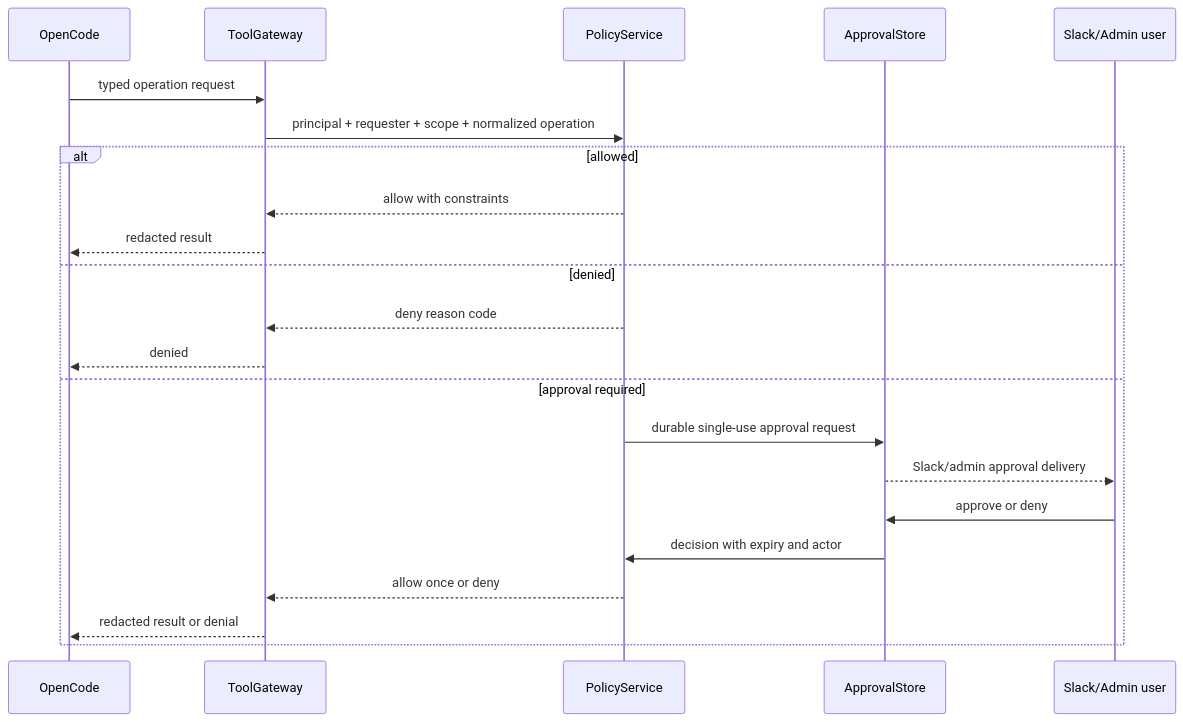
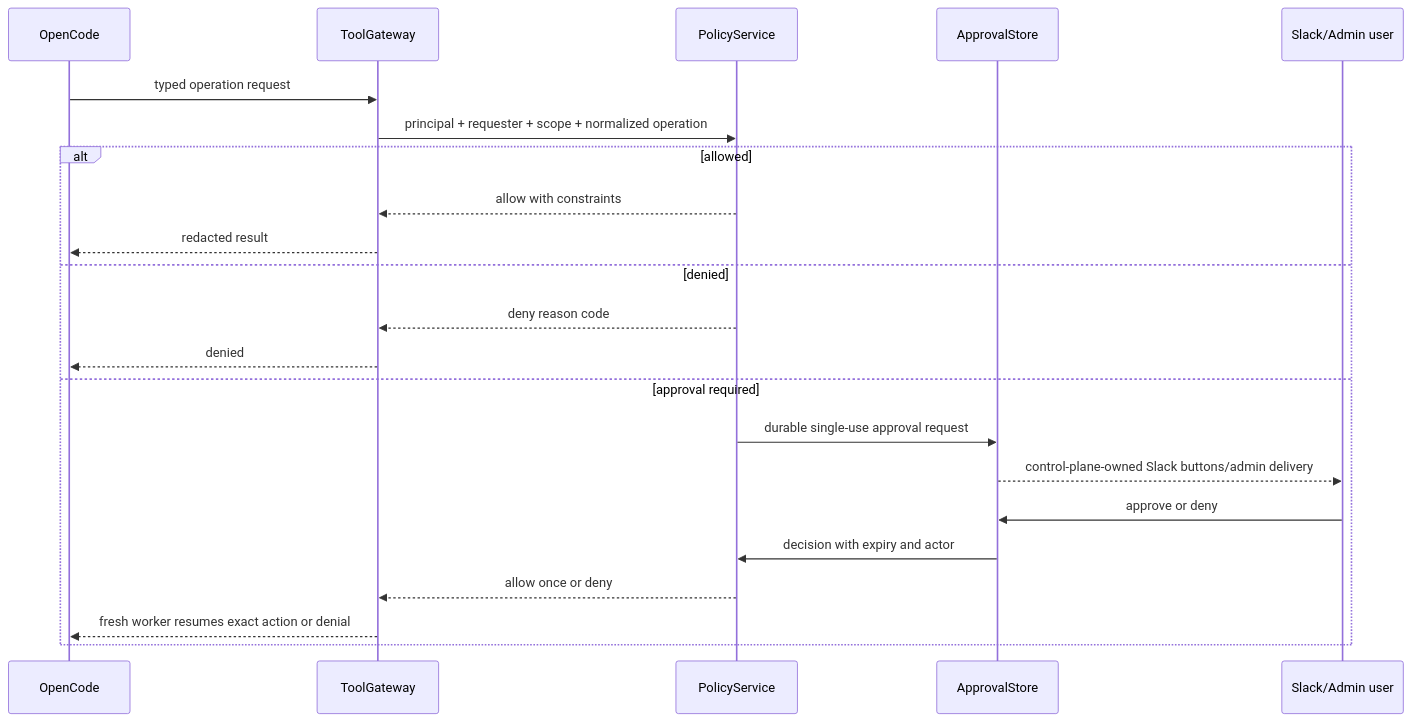
Before and after one commit to telemetryOS/tos-tag: the fourth of 5 diagrams in architecture.md, drawn with Mermaid. The commit also changed other lines of this file and 68 other files, not shown here.

````diff
--- a/architecture.md
+++ b/architecture.md
@@ -603,25 +626,25 @@
 ```mermaid
 sequenceDiagram
     participant OC as OpenCode
     participant T as ToolGateway
     participant P as PolicyService
     participant A as ApprovalStore
     participant U as Slack/Admin user
 
     OC->>T: typed operation request
     T->>P: principal + requester + scope + normalized operation
     alt allowed
         P-->>T: allow with constraints
         T-->>OC: redacted result
     else denied
         P-->>T: deny reason code
         T-->>OC: denied
     else approval required
         P->>A: durable single-use approval request
-        A-->>U: Slack/admin approval delivery
+        A-->>U: control-plane-owned Slack buttons/admin delivery
         U->>A: approve or deny
         A->>P: decision with expiry and actor
         P-->>T: allow once or deny
-        T-->>OC: redacted result or denial
+        T-->>OC: fresh worker resumes exact action or denial
     end
 ```
````
